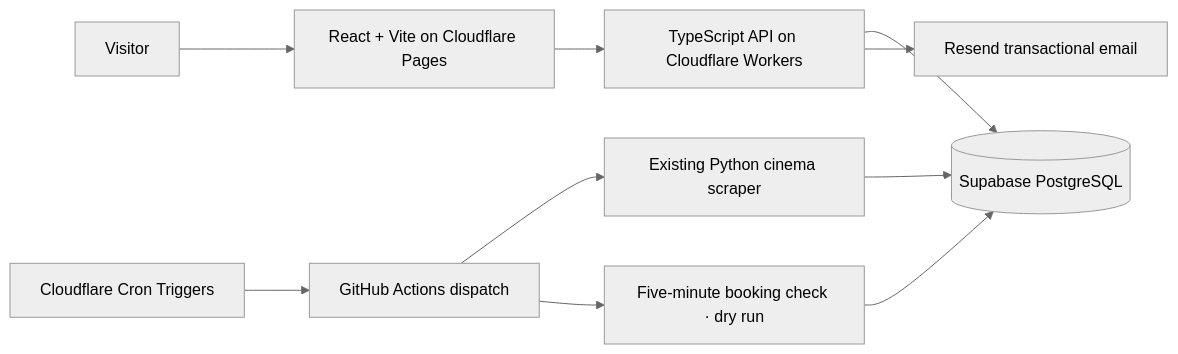
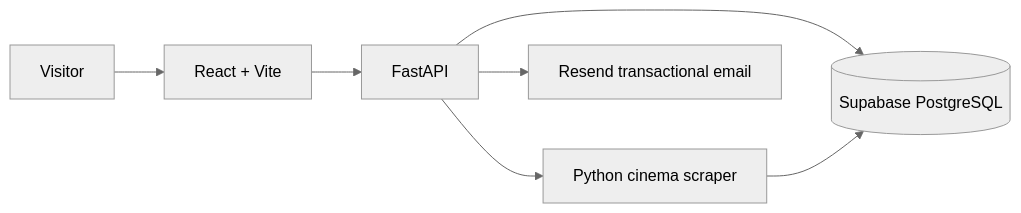
The diagram in README.md (damnalee/filmup), drawn with Mermaid (neutral theme) before and after one commit. The commit also changed other lines of this file and 15 other files, not shown here.

````diff
--- a/README.md
+++ b/README.md
@@ -71,12 +71,9 @@
 ```mermaid
 flowchart LR
-    U[Visitor] --> FE[React + Vite on Cloudflare Pages]
-    FE --> API[TypeScript API on Cloudflare Workers]
+    U[Visitor] --> FE[React + Vite]
+    FE --> API[FastAPI]
     API --> DB[(Supabase PostgreSQL)]
-    CRON[Cloudflare Cron Triggers] --> DISPATCH[GitHub Actions dispatch]
-    DISPATCH --> SCR[Existing Python cinema scraper]
-    DISPATCH --> CHECK[Five-minute booking check · dry run]
+    API --> SCR[Python cinema scraper]
+    API --> MAIL[Resend transactional email]
     SCR --> DB
-    CHECK --> DB
-    API --> MAIL[Resend transactional email]
 ```
````
